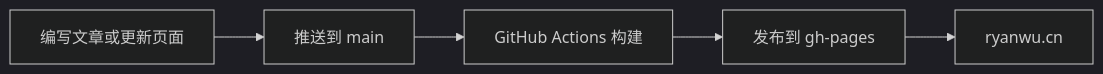
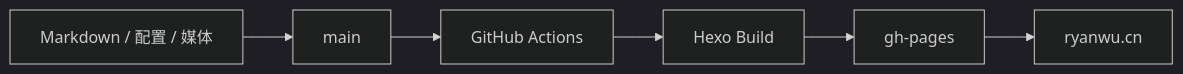
The second of 2 diagrams in README.md (Ryan-wu-web/ryanwu_blog), drawn with Mermaid (dark theme) before and after one commit. The commit also changed other lines of this file and 9 other files, not shown here.

````diff
--- a/README.md
+++ b/README.md
@@ -167,7 +174,8 @@
 ```mermaid
 flowchart LR
-    A["编写文章或更新页面"] --> B["推送到 main"]
-    B --> C["GitHub Actions 构建"]
-    C --> D["发布到 gh-pages"]
-    D --> E["ryanwu.cn"]
+    A["Markdown / 配置 / 媒体"] --> B["main"]
+    B --> C["GitHub Actions"]
+    C --> D["Hexo Build"]
+    D --> E["gh-pages"]
+    E --> F["ryanwu.cn"]
 ```
````
